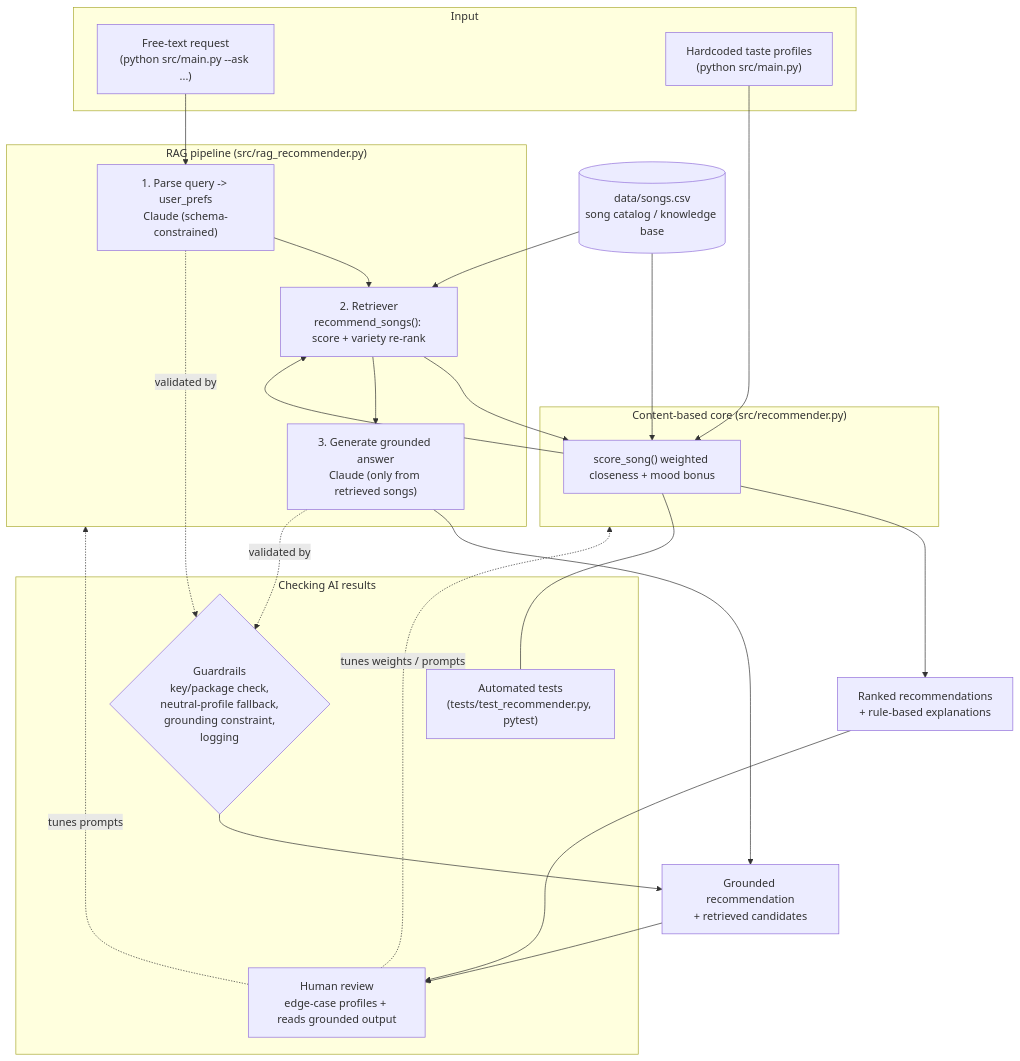
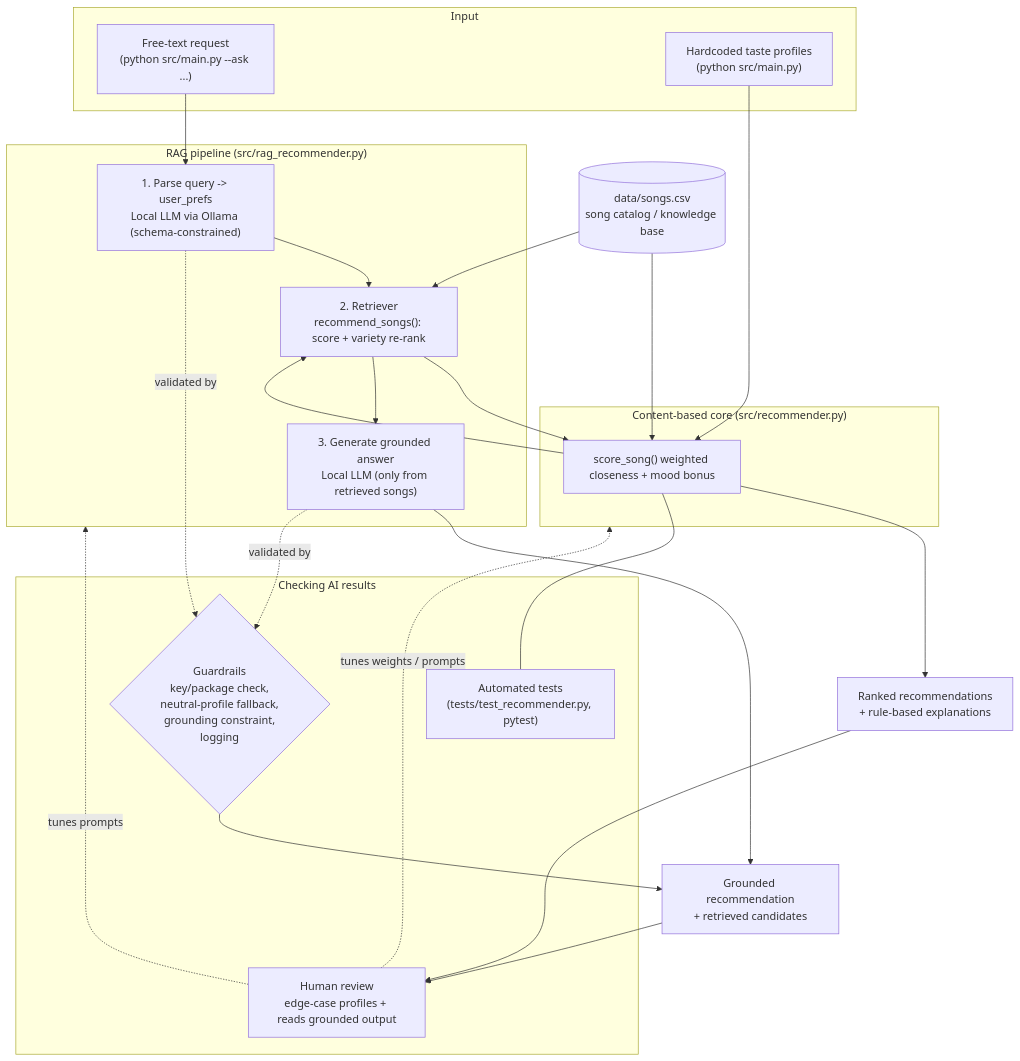
The diagram in diagrams/system_diagram.md (UrvikP/applied-ai-system-project), drawn with Mermaid before and after one commit. The commit also changed other lines of this file and 4 other files, not shown here.

First line of the commit message:
Switch RAG feature from Anthropic API to local Ollama model

````diff
--- a/diagrams/system_diagram.md
+++ b/diagrams/system_diagram.md
@@ -7,57 +7,57 @@
 ```mermaid
 flowchart TD
     %% ---------- Inputs ----------
     subgraph INPUT["Input"]
         Q["Free-text request<br/>(python src/main.py --ask ...)"]
         P["Hardcoded taste profiles<br/>(python src/main.py)"]
     end
 
     %% ---------- Knowledge base ----------
     CSV[("data/songs.csv<br/>song catalog / knowledge base")]
 
     %% ---------- RAG pipeline ----------
     subgraph RAG["RAG pipeline (src/rag_recommender.py)"]
-        PARSE["1. Parse query -> user_prefs<br/>Claude (schema-constrained)"]
+        PARSE["1. Parse query -> user_prefs<br/>Local LLM via Ollama (schema-constrained)"]
         RETR["2. Retriever<br/>recommend_songs(): score + variety re-rank"]
-        GEN["3. Generate grounded answer<br/>Claude (only from retrieved songs)"]
+        GEN["3. Generate grounded answer<br/>Local LLM (only from retrieved songs)"]
     end
 
     %% ---------- Deterministic core ----------
     subgraph CORE["Content-based core (src/recommender.py)"]
         SCORE["score_song() weighted closeness + mood bonus"]
     end
 
     %% ---------- Outputs ----------
     OUT_RAG["Grounded recommendation<br/>+ retrieved candidates"]
     OUT_DEMO["Ranked recommendations<br/>+ rule-based explanations"]
 
     %% ---------- Checking / guardrails ----------
     subgraph CHECK["Checking AI results"]
         GUARD{"Guardrails<br/>key/package check,<br/>neutral-profile fallback,<br/>grounding constraint,<br/>logging"}
         TESTS["Automated tests<br/>(tests/test_recommender.py, pytest)"]
         HUMAN["Human review<br/>edge-case profiles + reads grounded output"]
     end
 
     %% ---------- Flows ----------
     Q --> PARSE
     PARSE --> RETR
     CSV --> RETR
     RETR --> SCORE
     SCORE --> RETR
     RETR --> GEN
     GEN --> OUT_RAG
 
     P --> SCORE
     CSV --> SCORE
     SCORE --> OUT_DEMO
 
     PARSE -. validated by .-> GUARD
     GEN  -. validated by .-> GUARD
     GUARD --> OUT_RAG
 
     SCORE --- TESTS
     OUT_RAG --> HUMAN
     OUT_DEMO --> HUMAN
     HUMAN -. tunes weights / prompts .-> CORE
     HUMAN -. tunes prompts .-> RAG
 ```
````
